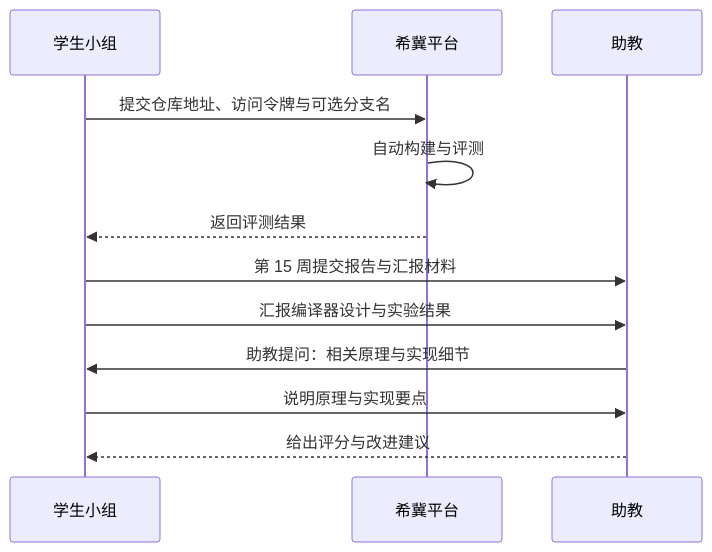
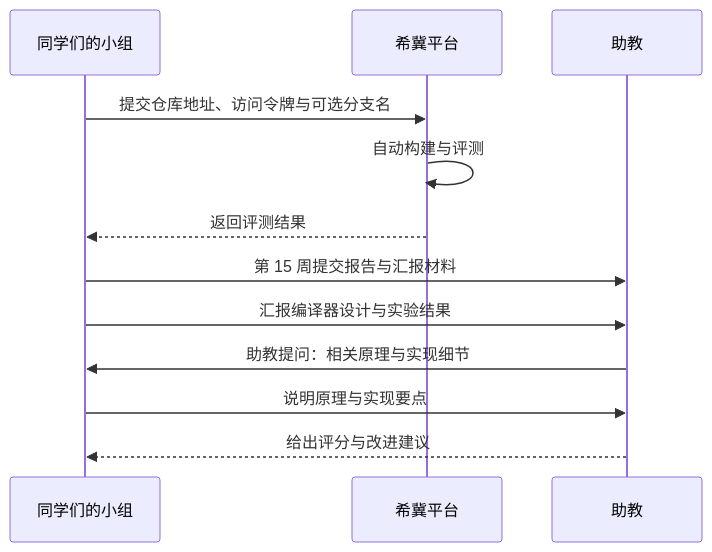
Before and after one commit to lightsmilew/compiler-principles: the second of 2 diagrams in docs/labs/capstone.md, drawn with Mermaid. The commit also changed other lines of this file and 19 other files, not shown here.

````diff
--- a/docs/labs/capstone.md
+++ b/docs/labs/capstone.md
@@ -225,14 +206,14 @@
 ```mermaid
 sequenceDiagram
-  participant S as 学生小组
+  participant S as 同学们的小组
   participant P as 希冀平台
   participant T as 助教
   S->>P: 提交仓库地址、访问令牌与可选分支名
   P->>P: 自动构建与评测
   P-->>S: 返回评测结果
   S->>T: 第 15 周提交报告与汇报材料
   S->>T: 汇报编译器设计与实验结果
   T->>S: 助教提问：相关原理与实现细节
   S->>T: 说明原理与实现要点
   T-->>S: 给出评分与改进建议
 ```
````
